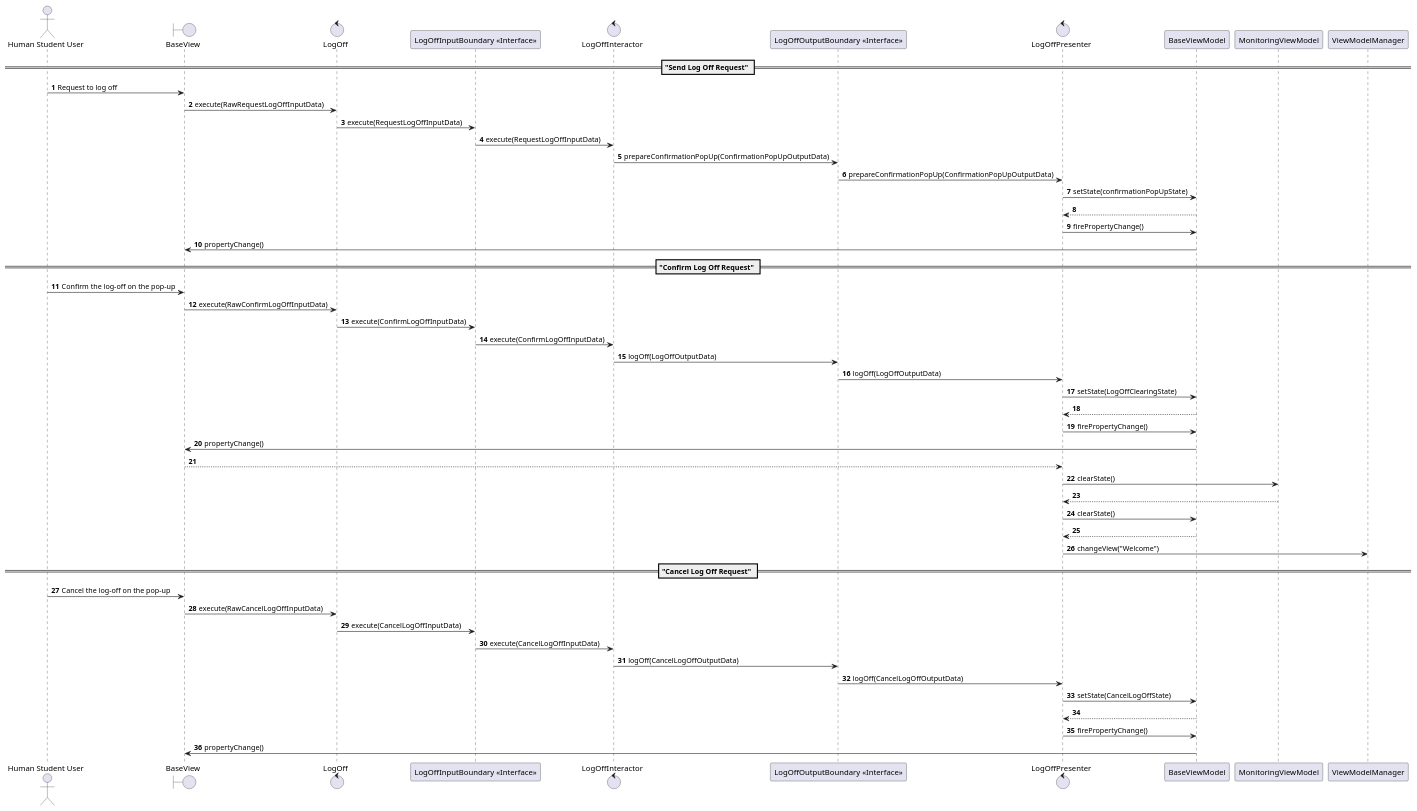
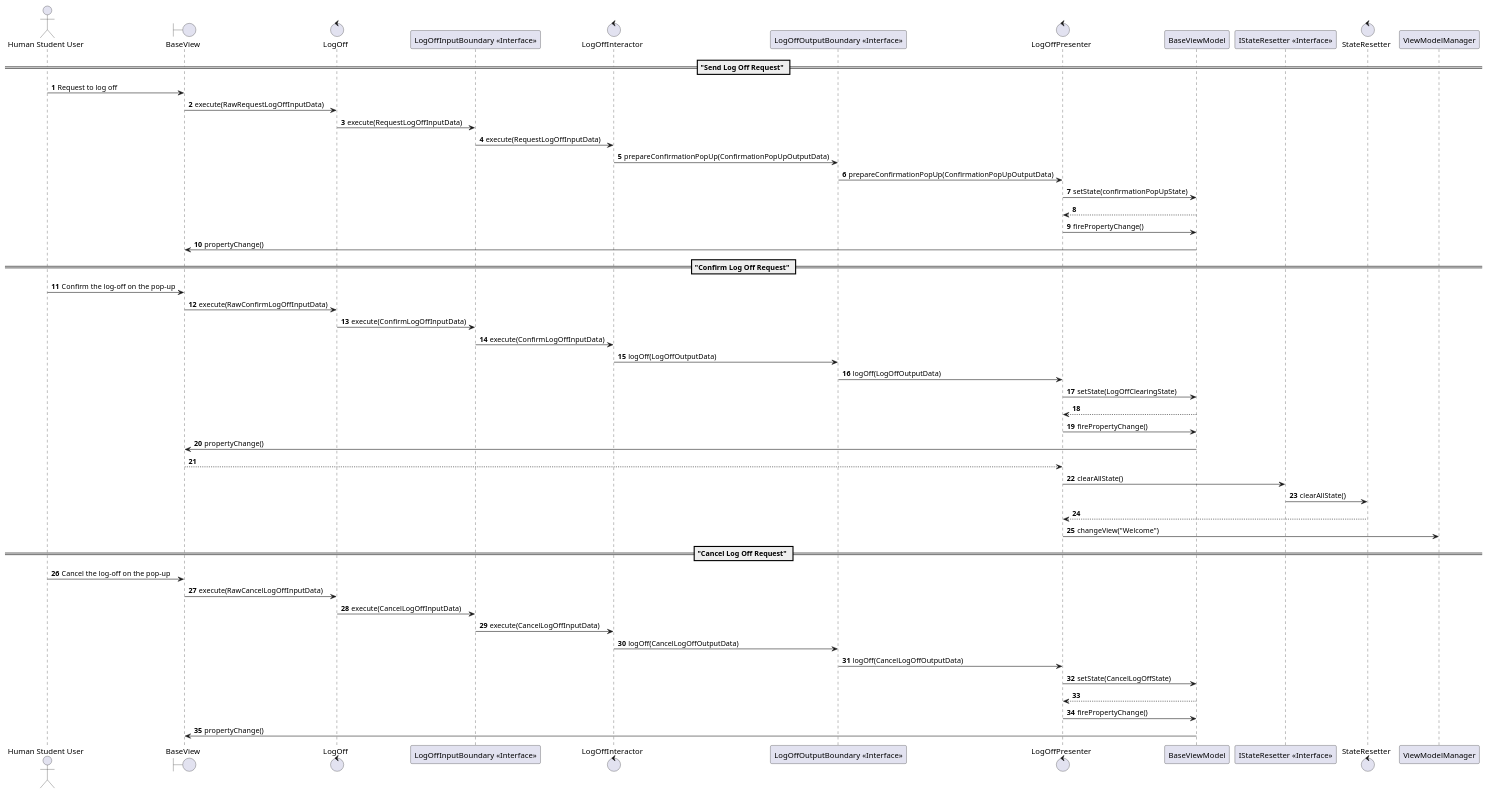
Before and after one commit to XiaRao/team-project: the diagram in UseCase4/UseCase4C.puml, drawn with PlantUML.

Commit message:
update Use Case 4C sequence PlantUML diagram completed successfully

```diff
--- a/UseCase4/UseCase4C.puml
+++ b/UseCase4/UseCase4C.puml
@@ -1,59 +1,59 @@
 @startuml
 'https://plantuml.com/sequence-diagram
 
 autonumber
 
 actor "Human Student User" as humanStudentUser
 boundary "BaseView" as baseView
 control "LogOff" as logOffController
 participant "LogOffInputBoundary <<Interface>>" as logOffInputBoundary
 control "LogOffInteractor" as logOffInteractor
 participant "LogOffOutputBoundary <<Interface>>" as logOffOutputBoundary
 control "LogOffPresenter" as logOffPresenter
 participant "BaseViewModel" as baseViewModel
-participant "MonitoringViewModel" as monitoringViewModel
+participant "IStateResetter <<Interface>>" as iStateResetter
+control "StateResetter" as stateResetter
 participant "ViewModelManager" as viewModelManager
 
 == "Send Log Off Request" ==
 humanStudentUser -> baseView: Request to log off
 baseView -> logOffController: execute(RawRequestLogOffInputData)
 logOffController -> logOffInputBoundary: execute(RequestLogOffInputData)
 logOffInputBoundary -> logOffInteractor: execute(RequestLogOffInputData)
 logOffInteractor -> logOffOutputBoundary: prepareConfirmationPopUp(ConfirmationPopUpOutputData)
 logOffOutputBoundary -> logOffPresenter: prepareConfirmationPopUp(ConfirmationPopUpOutputData)
 logOffPresenter -> baseViewModel: setState(confirmationPopUpState)
 logOffPresenter <-- baseViewModel
 logOffPresenter -> baseViewModel: firePropertyChange()
 baseViewModel -> baseView: propertyChange()
 
 == "Confirm Log Off Request" ==
 humanStudentUser -> baseView: Confirm the log-off on the pop-up
 baseView -> logOffController: execute(RawConfirmLogOffInputData)
 logOffController -> logOffInputBoundary: execute(ConfirmLogOffInputData)
 logOffInputBoundary -> logOffInteractor: execute(ConfirmLogOffInputData)
 logOffInteractor -> logOffOutputBoundary: logOff(LogOffOutputData)
 logOffOutputBoundary -> logOffPresenter: logOff(LogOffOutputData)
 logOffPresenter -> baseViewModel: setState(LogOffClearingState)
 logOffPresenter <-- baseViewModel
 logOffPresenter -> baseViewModel: firePropertyChange()
 baseViewModel -> baseView: propertyChange()
 baseView --> logOffPresenter
-logOffPresenter -> monitoringViewModel: clearState()
-logOffPresenter <-- monitoringViewModel
-logOffPresenter -> baseViewModel: clearState()
-logOffPresenter <-- baseViewModel
+logOffPresenter -> iStateResetter: clearAllState()
+iStateResetter -> stateResetter: clearAllState()
+logOffPresenter <-- stateResetter
 logOffPresenter -> viewModelManager: changeView("Welcome")
 
 == "Cancel Log Off Request" ==
 humanStudentUser -> baseView: Cancel the log-off on the pop-up
 baseView -> logOffController: execute(RawCancelLogOffInputData)
 logOffController -> logOffInputBoundary: execute(CancelLogOffInputData)
 logOffInputBoundary -> logOffInteractor: execute(CancelLogOffInputData)
 logOffInteractor -> logOffOutputBoundary: logOff(CancelLogOffOutputData)
 logOffOutputBoundary -> logOffPresenter: logOff(CancelLogOffOutputData)
 logOffPresenter -> baseViewModel: setState(CancelLogOffState)
 logOffPresenter <-- baseViewModel
 logOffPresenter -> baseViewModel: firePropertyChange()
 baseViewModel -> baseView: propertyChange()
 
 @enduml
```
